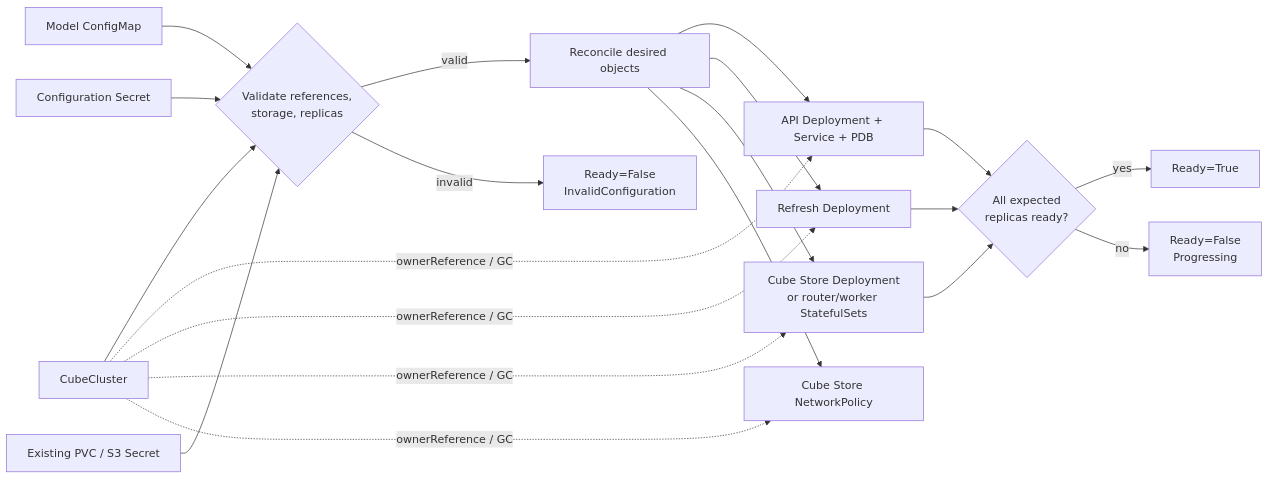
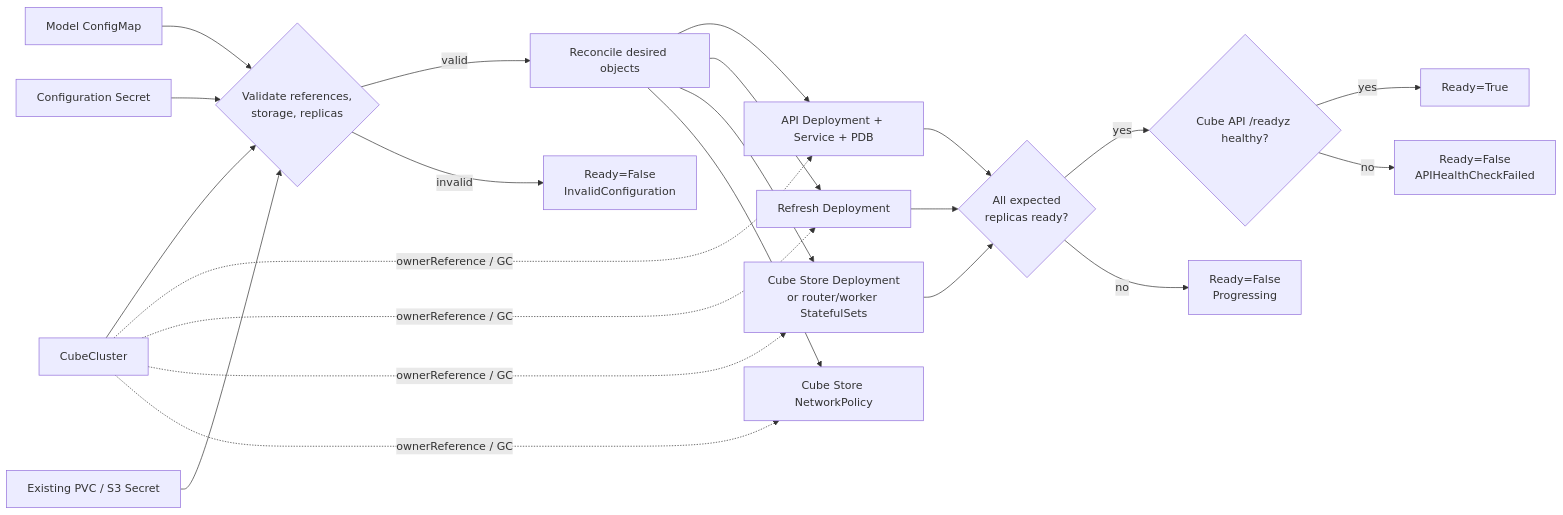
The second of 10 diagrams in README.md (sqe/cube-microk8s-operator), drawn with Mermaid before and after one commit. The commit also changed other lines of this file and 20 other files, not shown here.

````diff
--- a/README.md
+++ b/README.md
@@ -79,22 +79,24 @@
 ```mermaid
 flowchart LR
   CR[CubeCluster] --> V{Validate references,<br/>storage, replicas}
   CM[Model ConfigMap] --> V
   SEC[Configuration Secret] --> V
   PVC[Existing PVC / S3 Secret] --> V
   V -->|valid| R[Reconcile desired objects]
   V -->|invalid| F[Ready=False<br/>InvalidConfiguration]
   R --> API[API Deployment + Service + PDB]
   R --> REF[Refresh Deployment]
   R --> STORE[Cube Store Deployment<br/>or router/worker StatefulSets]
   R --> NP[Cube Store NetworkPolicy]
   API --> S{All expected<br/>replicas ready?}
   REF --> S
   STORE --> S
-  S -->|yes| T[Ready=True]
+  S -->|yes| Health{Cube API /readyz healthy?}
+  Health -->|yes| T[Ready=True]
+  Health -->|no| Unhealthy[Ready=False<br/>APIHealthCheckFailed]
   S -->|no| P[Ready=False<br/>Progressing]
   CR -. ownerReference / GC .-> API
   CR -. ownerReference / GC .-> REF
   CR -. ownerReference / GC .-> STORE
   CR -. ownerReference / GC .-> NP
 ```
````
